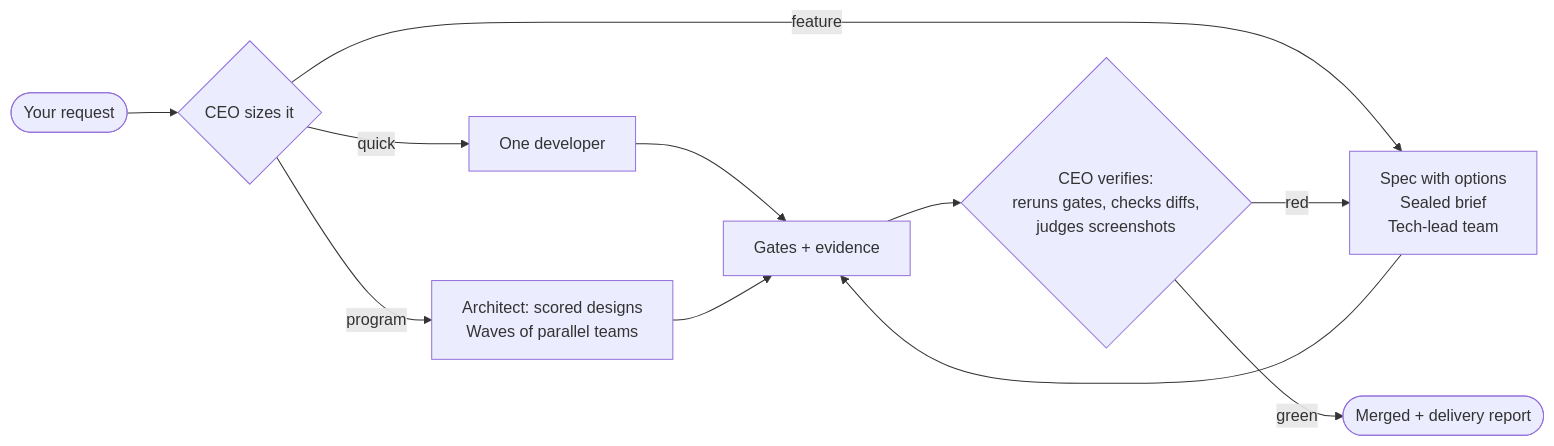
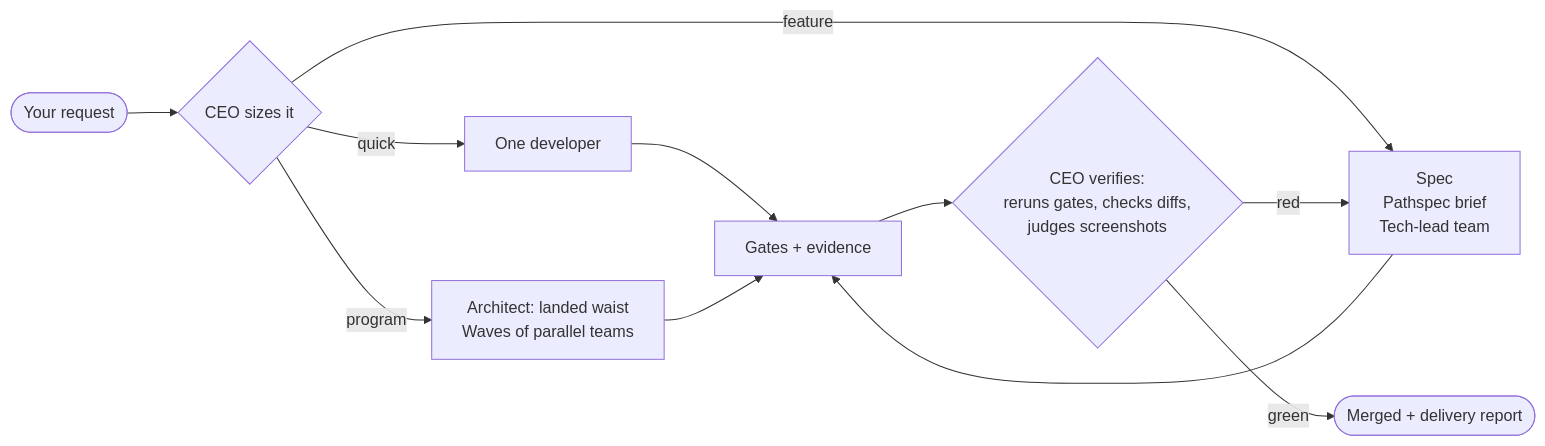
The first of 2 diagrams in README.md (devmesh-in/claude-company), drawn with Mermaid before and after one commit. The commit also changed other lines of this file and 25 other files, not shown here.

````diff
--- a/README.md
+++ b/README.md
@@ -88,13 +88,13 @@
 ```mermaid
 flowchart LR
     A([Your request]) --> B{CEO sizes it}
     B -->|quick| D[One developer]
-    B -->|feature| E[Spec with options<br>Sealed brief<br>Tech-lead team]
-    B -->|program| F[Architect: scored designs<br>Waves of parallel teams]
+    B -->|feature| E[Spec<br>Pathspec brief<br>Tech-lead team]
+    B -->|program| F[Architect: landed waist<br>Waves of parallel teams]
     D --> G[Gates + evidence]
     E --> G
     F --> G
     G --> H{CEO verifies:<br>reruns gates, checks diffs,<br>judges screenshots}
     H -->|red| E
     H -->|green| I([Merged + delivery report])
 ```
````
